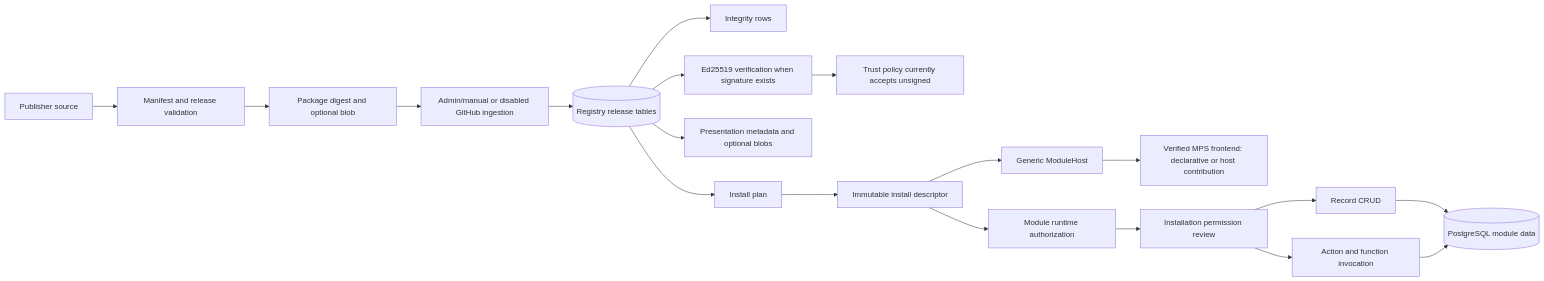
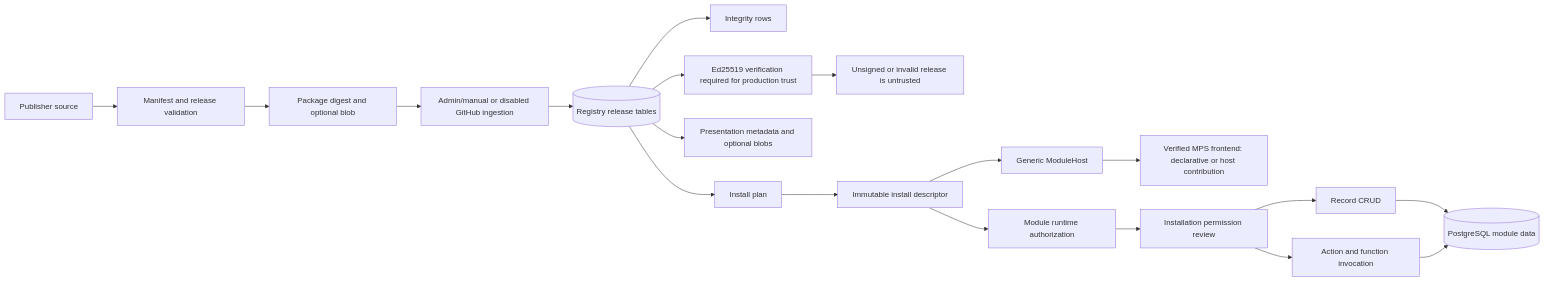
The diagram in docs/audits/api-atlas-01/module-flow.mmd (modula-mod/modula-latest), drawn with Mermaid before and after one commit. The commit also changed 28 other files, not shown here.

```diff
--- a/docs/audits/api-atlas-01/module-flow.mmd
+++ b/docs/audits/api-atlas-01/module-flow.mmd
@@ -1,19 +1,19 @@
 flowchart LR
   source[Publisher source] --> validation[Manifest and release validation]
   validation --> package[Package digest and optional blob]
   package --> ingestion[Admin/manual or disabled GitHub ingestion]
   ingestion --> registry[(Registry release tables)]
   registry --> integrity[Integrity rows]
-  registry --> signature[Ed25519 verification when signature exists]
-  signature --> trust[Trust policy currently accepts unsigned]
+  registry --> signature[Ed25519 verification required for production trust]
+  signature --> trust[Unsigned or invalid release is untrusted]
   registry --> artwork[Presentation metadata and optional blobs]
   registry --> install[Install plan]
   install --> descriptor[Immutable install descriptor]
   descriptor --> host[Generic ModuleHost]
   host --> frontend[Verified MPS frontend: declarative or host contribution]
   descriptor --> runtime[Module runtime authorization]
   runtime --> review[Installation permission review]
   review --> records[Record CRUD]
   review --> functions[Action and function invocation]
   records --> postgres[(PostgreSQL module data)]
   functions --> postgres
```
